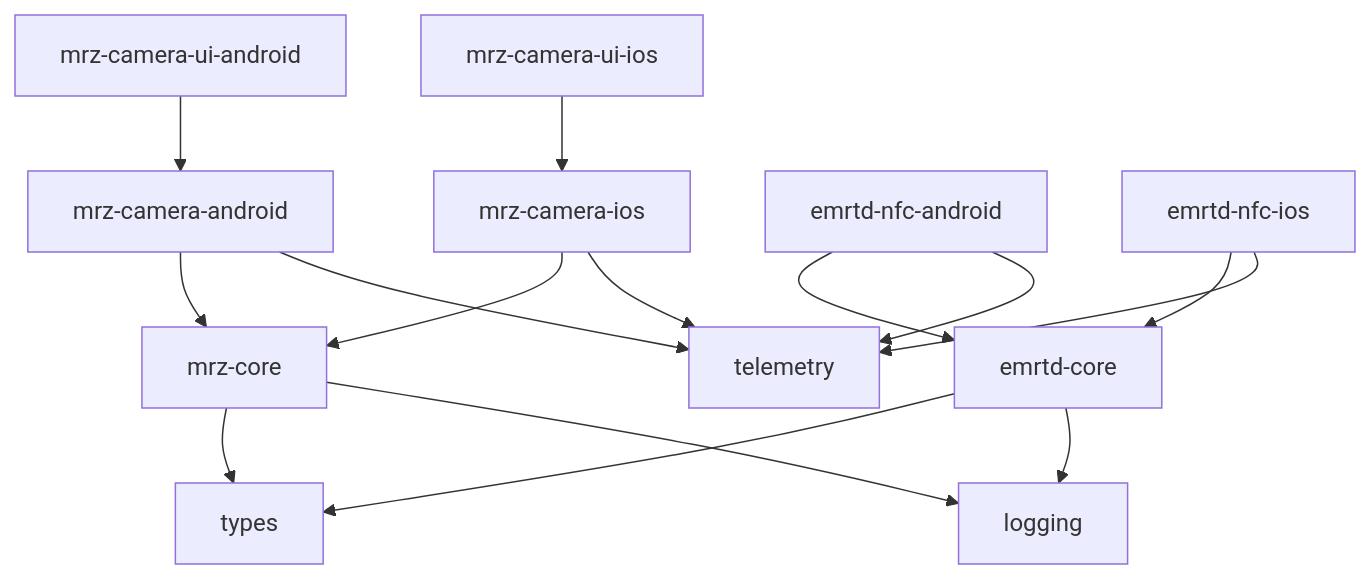
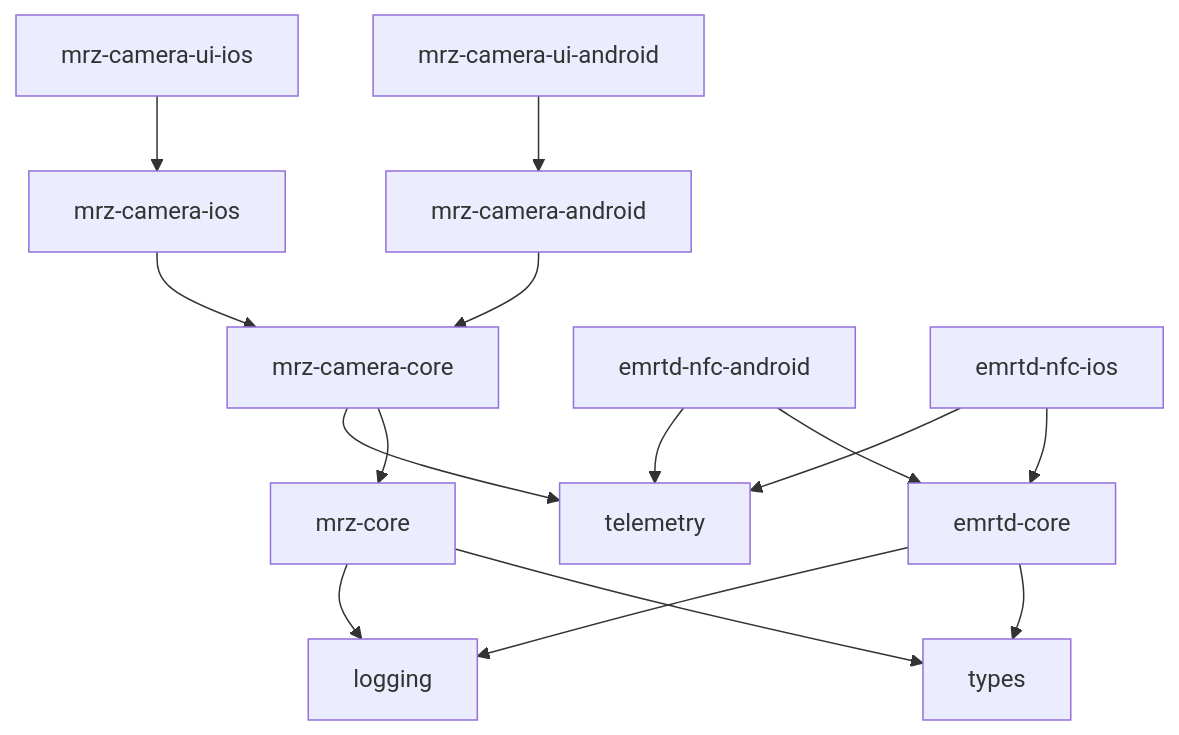
The diagram in docs/architecture.md (askerasadov/tessera), drawn with Mermaid before and after one commit. The commit also changed other lines of this file and 24 other files, not shown here.

````diff
--- a/docs/architecture.md
+++ b/docs/architecture.md
@@ -81,29 +81,30 @@
 ```mermaid
 graph TD
     UI_AND[mrz-camera-ui-android]
     UI_IOS[mrz-camera-ui-ios]
     CAM_AND[mrz-camera-android]
     CAM_IOS[mrz-camera-ios]
+    CAM_CORE[mrz-camera-core]
     NFC_AND[emrtd-nfc-android]
     NFC_IOS[emrtd-nfc-ios]
     MRZ[mrz-core]
     EMRTD[emrtd-core]
     TYPES[types]
     TEL[telemetry]
     LOG[logging]
 
     UI_AND --> CAM_AND
     UI_IOS --> CAM_IOS
-    CAM_AND --> MRZ
-    CAM_IOS --> MRZ
+    CAM_AND --> CAM_CORE
+    CAM_IOS --> CAM_CORE
+    CAM_CORE --> MRZ
     NFC_AND --> EMRTD
     NFC_IOS --> EMRTD
     MRZ --> TYPES
     EMRTD --> TYPES
-    CAM_AND --> TEL
-    CAM_IOS --> TEL
+    CAM_CORE --> TEL
     NFC_AND --> TEL
     NFC_IOS --> TEL
     MRZ --> LOG
     EMRTD --> LOG
 ```
````
